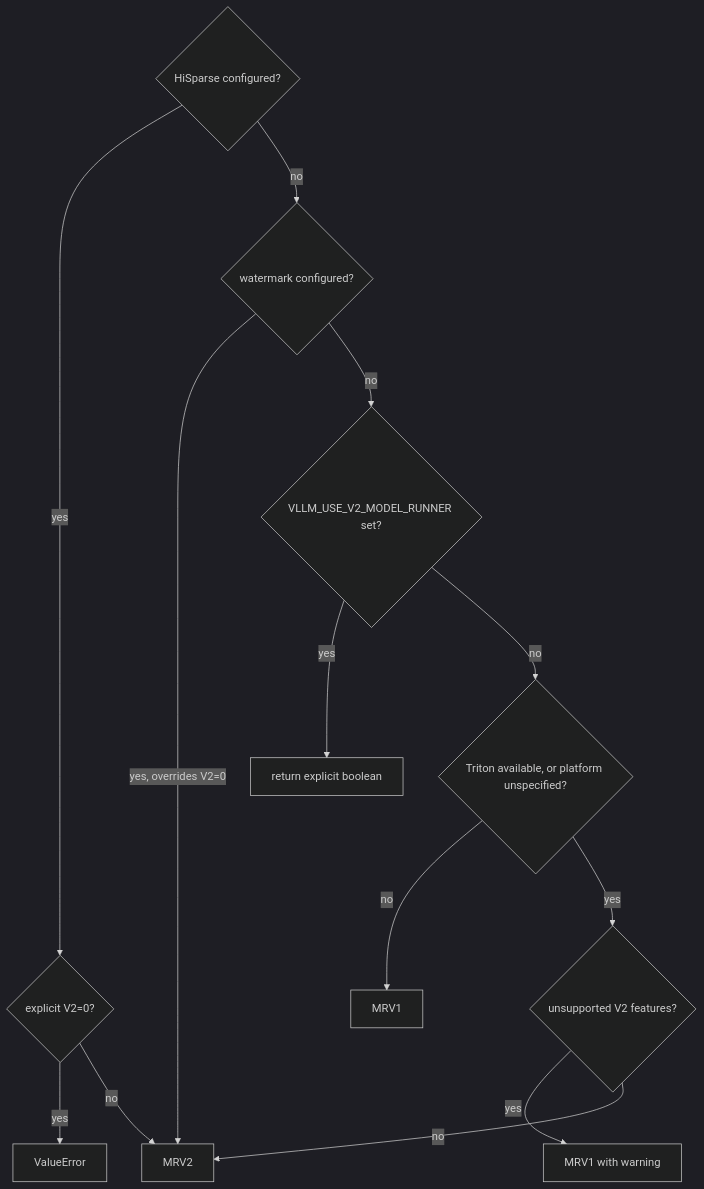
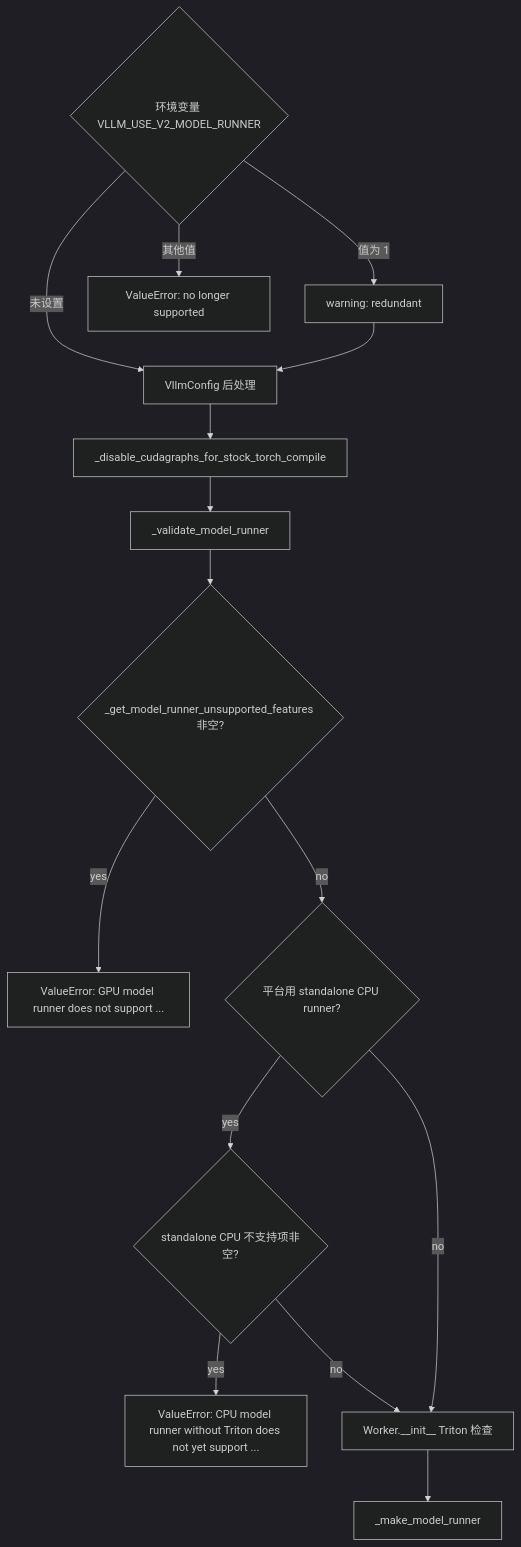
Diagram 36 of 41 in book/07-model-execution/README.md (cluster1900/vllm_reader), drawn with Mermaid (dark theme) before and after one commit. The commit also changed other lines of this file and 2 other files, not shown here.

Commit message:
ch07: rewrite MRV1-dependent sections to the MRV2-only path at 05caae03 (7.2, 7.6.2, 7.12, 7.16, 7.18, 7.19, 7.22, tests/experiments)

````diff
--- a/book/07-model-execution/README.md
+++ b/book/07-model-execution/README.md
@@ -1234,15 +1243,17 @@
 ```mermaid
 flowchart TD
-    HS{"HiSparse configured?"} -->|yes| HSC{"explicit V2=0?"}
-    HSC -->|yes| ERR["ValueError"]
-    HSC -->|no| T["MRV2"]
-    HS -->|no| WM{"watermark configured?"}
-    WM -->|yes, overrides V2=0| T
-    WM -->|no| ENV{"VLLM_USE_V2_MODEL_RUNNER set?"}
-    ENV -->|yes| RET["return explicit boolean"]
-    ENV -->|no| TRI{"Triton available, or platform unspecified?"}
-    TRI -->|no| F2["MRV1"]
-    TRI -->|yes| UNS{"unsupported V2 features?"}
-    UNS -->|yes| F3["MRV1 with warning"]
-    UNS -->|no| T["MRV2"]
+    ENV{"环境变量 VLLM_USE_V2_MODEL_RUNNER"} -->|"未设置"| CFG["VllmConfig 后处理"]
+    ENV -->|"值为 1"| WARN["warning: redundant"]
+    WARN --> CFG
+    ENV -->|"其他值"| ERR0["ValueError: no longer supported"]
+    CFG --> SC["_disable_cudagraphs_for_stock_torch_compile"]
+    SC --> VAL["_validate_model_runner"]
+    VAL --> UNS{"_get_model_runner_unsupported_features 非空?"}
+    UNS -->|yes| ERR1["ValueError: GPU model runner does not support ..."]
+    UNS -->|no| CPUQ{"平台用 standalone CPU runner?"}
+    CPUQ -->|yes| CPUU{"standalone CPU 不支持项非空?"}
+    CPUU -->|yes| ERR2["ValueError: CPU model runner without Triton does not yet support ..."]
+    CPUU -->|no| WK["Worker.__init__ Triton 检查"]
+    CPUQ -->|no| WK
+    WK --> MK["_make_model_runner"]
 ```
````
